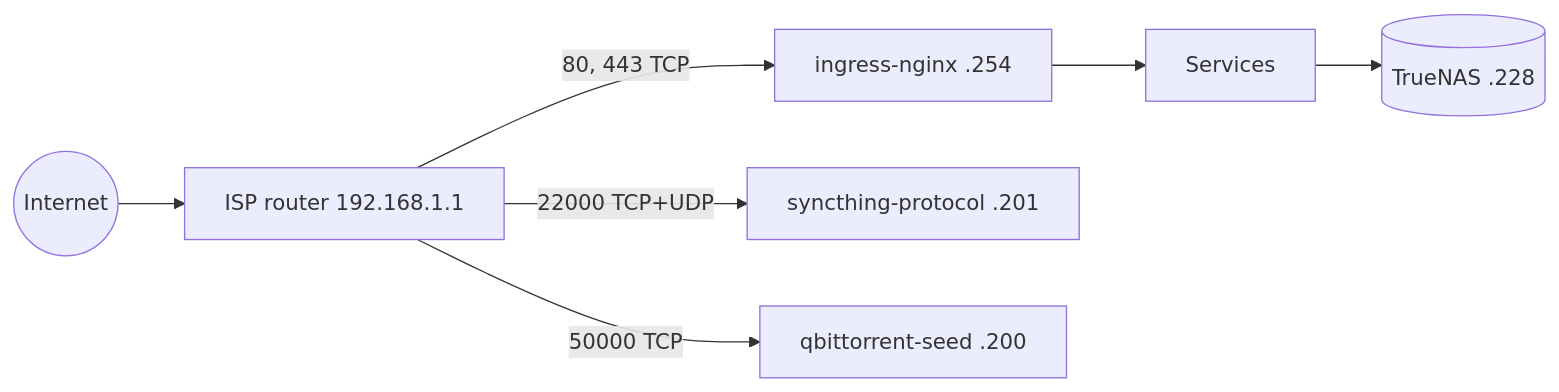
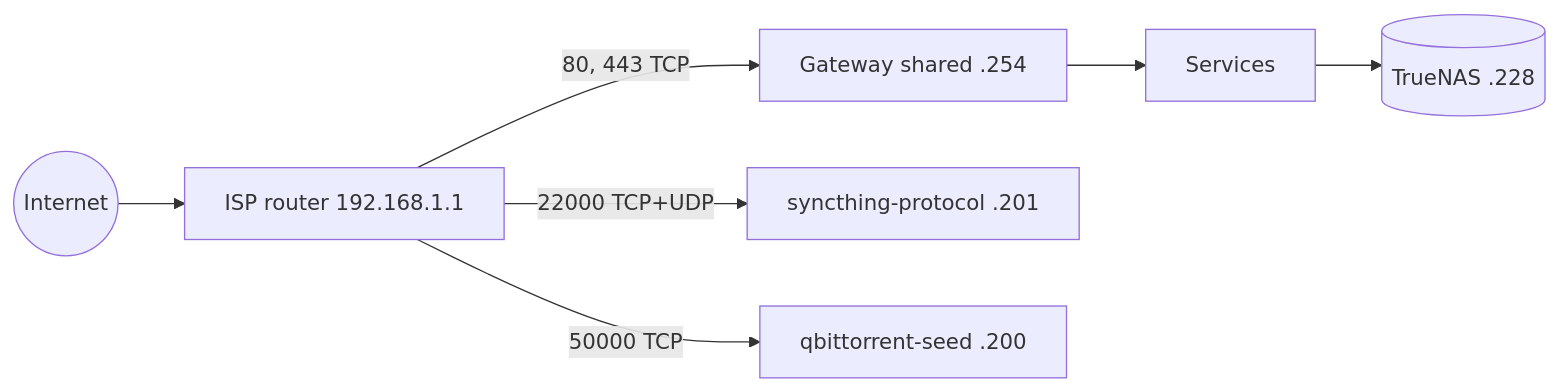
One commit to ned-si/homelab changed the diagram in README.md. Above: the diagram before and after it, drawn with Mermaid. The commit also changed other lines of this file and 7 other files, not shown here.

Commit message:
feat(gateway): move 192.168.1.254 from ingress-nginx to the Gateway (#82)

````diff
--- a/README.md
+++ b/README.md
@@ -62,9 +63,9 @@
 ```mermaid
 flowchart LR
   internet((Internet)) --> router[ISP router 192.168.1.1]
-  router -- "80, 443 TCP" --> nginx[ingress-nginx .254]
+  router -- "80, 443 TCP" --> gw[Gateway shared .254]
   router -- "22000 TCP+UDP" --> st[syncthing-protocol .201]
   router -- "50000 TCP" --> qb[qbittorrent-seed .200]
-  nginx --> apps[Services]
+  gw --> apps[Services]
   apps --> nas[(TrueNAS .228)]
 ```
````
